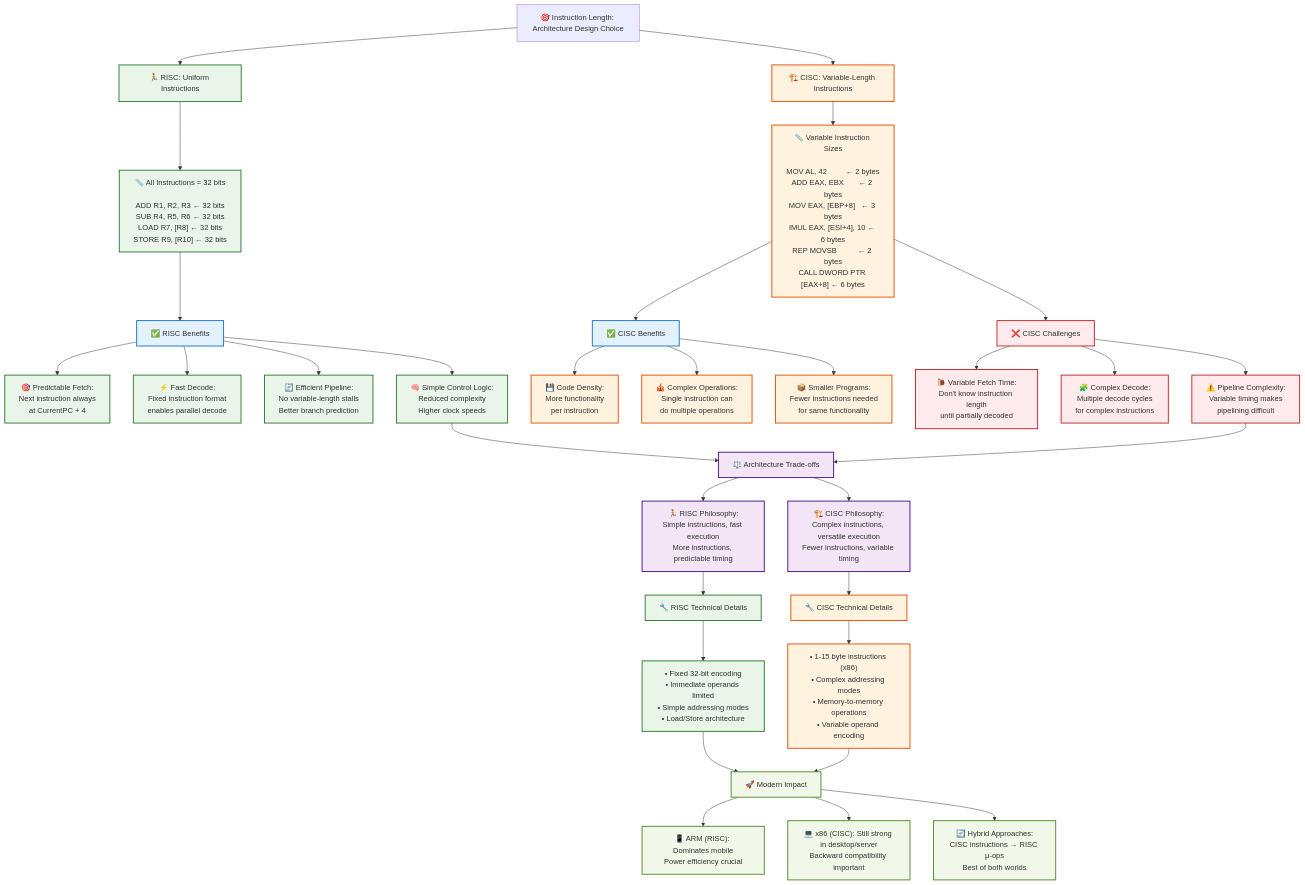
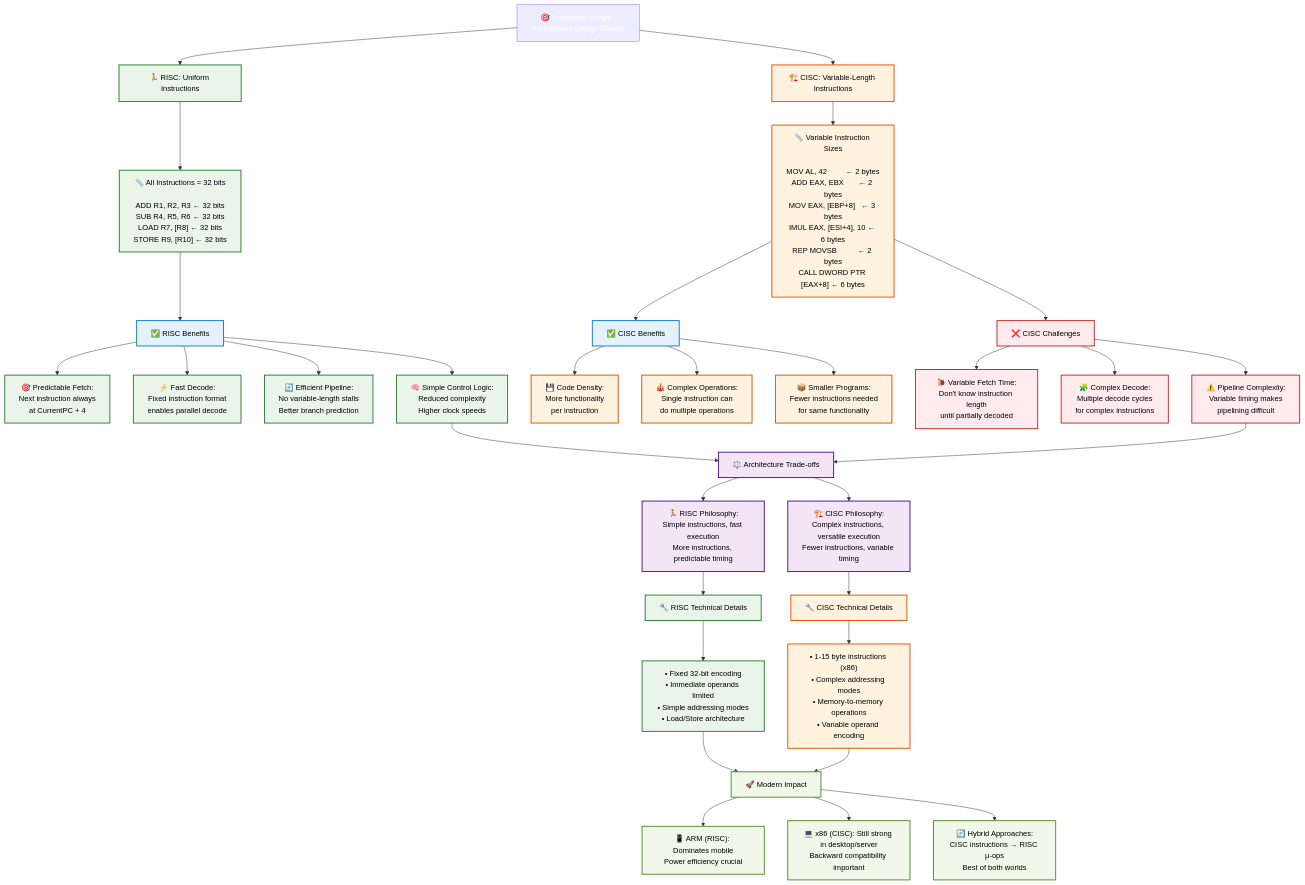
The diagram in mermaid-diagrams/17_variable_vs_uniform_length_instructions.mmd (nv-mldev/system-design), drawn with Mermaid before and after one commit. The commit also changed 22 other files, not shown here.

````diff
--- a/mermaid-diagrams/17_variable_vs_uniform_length_instructions.mmd
+++ b/mermaid-diagrams/17_variable_vs_uniform_length_instructions.mmd
@@ -1,66 +1,68 @@
-```mermaid
+
 flowchart TD
     Title["🎯 Instruction Length: Architecture Design Choice"]
     
     Title --> RISC_Side["🏃 RISC: Uniform Instructions"]
     Title --> CISC_Side["🏗️ CISC: Variable-Length Instructions"]
     
     %% RISC Side
     RISC_Side --> RISC_Example["📏 All Instructions = 32 bits<br/><br/>ADD R1, R2, R3    ← 32 bits<br/>SUB R4, R5, R6    ← 32 bits<br/>LOAD R7, [R8]     ← 32 bits<br/>STORE R9, [R10]   ← 32 bits"]
     
     RISC_Example --> RISC_Benefits["✅ RISC Benefits"]
     RISC_Benefits --> RB1["🎯 Predictable Fetch:<br/>Next instruction always<br/>at CurrentPC + 4"]
     RISC_Benefits --> RB2["⚡ Fast Decode:<br/>Fixed instruction format<br/>enables parallel decode"]
     RISC_Benefits --> RB3["🔄 Efficient Pipeline:<br/>No variable-length stalls<br/>Better branch prediction"]
     RISC_Benefits --> RB4["🧠 Simple Control Logic:<br/>Reduced complexity<br/>Higher clock speeds"]
     
     %% CISC Side  
     CISC_Side --> CISC_Example["📏 Variable Instruction Sizes<br/><br/>MOV AL, 42         ← 2 bytes<br/>ADD EAX, EBX       ← 2 bytes<br/>MOV EAX, [EBP+8]   ← 3 bytes<br/>IMUL EAX, [ESI+4], 10 ← 6 bytes<br/>REP MOVSB          ← 2 bytes<br/>CALL DWORD PTR [EAX+8] ← 6 bytes"]
     
     CISC_Example --> CISC_Benefits["✅ CISC Benefits"]
     CISC_Benefits --> CB1["💾 Code Density:<br/>More functionality<br/>per instruction"]
     CISC_Benefits --> CB2["🎪 Complex Operations:<br/>Single instruction can<br/>do multiple operations"]
     CISC_Benefits --> CB3["📦 Smaller Programs:<br/>Fewer instructions needed<br/>for same functionality"]
     
     CISC_Example --> CISC_Challenges["❌ CISC Challenges"]
     CISC_Challenges --> CC1["🐌 Variable Fetch Time:<br/>Don't know instruction length<br/>until partially decoded"]
     CISC_Challenges --> CC2["🧩 Complex Decode:<br/>Multiple decode cycles<br/>for complex instructions"]
     CISC_Challenges --> CC3["⚠️ Pipeline Complexity:<br/>Variable timing makes<br/>pipelining difficult"]
     
     %% Comparison Section
     RB4 --> Comparison["⚖️ Architecture Trade-offs"]
     CC3 --> Comparison
     
     Comparison --> Trade1["🏃 RISC Philosophy:<br/>Simple instructions, fast execution<br/>More instructions, predictable timing"]
     Comparison --> Trade2["🏗️ CISC Philosophy:<br/>Complex instructions, versatile execution<br/>Fewer instructions, variable timing"]
     
     %% Technical Details
     Trade1 --> TechRISC["🔧 RISC Technical Details"]
     TechRISC --> TR1["• Fixed 32-bit encoding<br/>• Immediate operands limited<br/>• Simple addressing modes<br/>• Load/Store architecture"]
     
     Trade2 --> TechCISC["🔧 CISC Technical Details"]  
     TechCISC --> TC1["• 1-15 byte instructions (x86)<br/>• Complex addressing modes<br/>• Memory-to-memory operations<br/>• Variable operand encoding"]
     
     %% Modern Impact
     TR1 --> Modern["🚀 Modern Impact"]
     TC1 --> Modern
     
     Modern --> M1["📱 ARM (RISC): Dominates mobile<br/>Power efficiency crucial"]
     Modern --> M2["💻 x86 (CISC): Still strong in desktop/server<br/>Backward compatibility important"]
     Modern --> M3["🔄 Hybrid Approaches:<br/>CISC instructions → RISC μ-ops<br/>Best of both worlds"]
     
     %% Styling
-    classDef riscStyle fill:#e8f5e8,stroke:#2e7d32,stroke-width:2px
-    classDef ciscStyle fill:#fff3e0,stroke:#e65100,stroke-width:2px
-    classDef benefitStyle fill:#e3f2fd,stroke:#1976d2,stroke-width:2px
-    classDef challengeStyle fill:#ffebee,stroke:#c62828,stroke-width:2px
-    classDef comparisonStyle fill:#f3e5f5,stroke:#4a148c,stroke-width:2px
-    classDef modernStyle fill:#f1f8e9,stroke:#558b2f,stroke-width:2px
+    classDef riscStyle fill:#e8f5e8,stroke:#2e7d32,stroke-width:2px,color:#000000
+    classDef ciscStyle fill:#fff3e0,stroke:#e65100,stroke-width:2px,color:#000000
+    classDef benefitStyle fill:#e3f2fd,stroke:#1976d2,stroke-width:2px,color:#000000
+    classDef challengeStyle fill:#ffebee,stroke:#c62828,stroke-width:2px,color:#000000
+    classDef comparisonStyle fill:#f3e5f5,stroke:#4a148c,stroke-width:2px,color:#000000
+    classDef modernStyle fill:#f1f8e9,stroke:#558b2f,stroke-width:2px,color:#000000
+    classDef default color:#000000
+    classDef lightText color:#ffffff
     
     class RISC_Side,RISC_Example,RB1,RB2,RB3,RB4,TechRISC,TR1 riscStyle
     class CISC_Side,CISC_Example,CB1,CB2,CB3,TechCISC,TC1 ciscStyle
     class RISC_Benefits,CISC_Benefits benefitStyle
     class CISC_Challenges,CC1,CC2,CC3 challengeStyle
     class Comparison,Trade1,Trade2 comparisonStyle
     class Modern,M1,M2,M3 modernStyle
-```
+    class Title lightText
````
